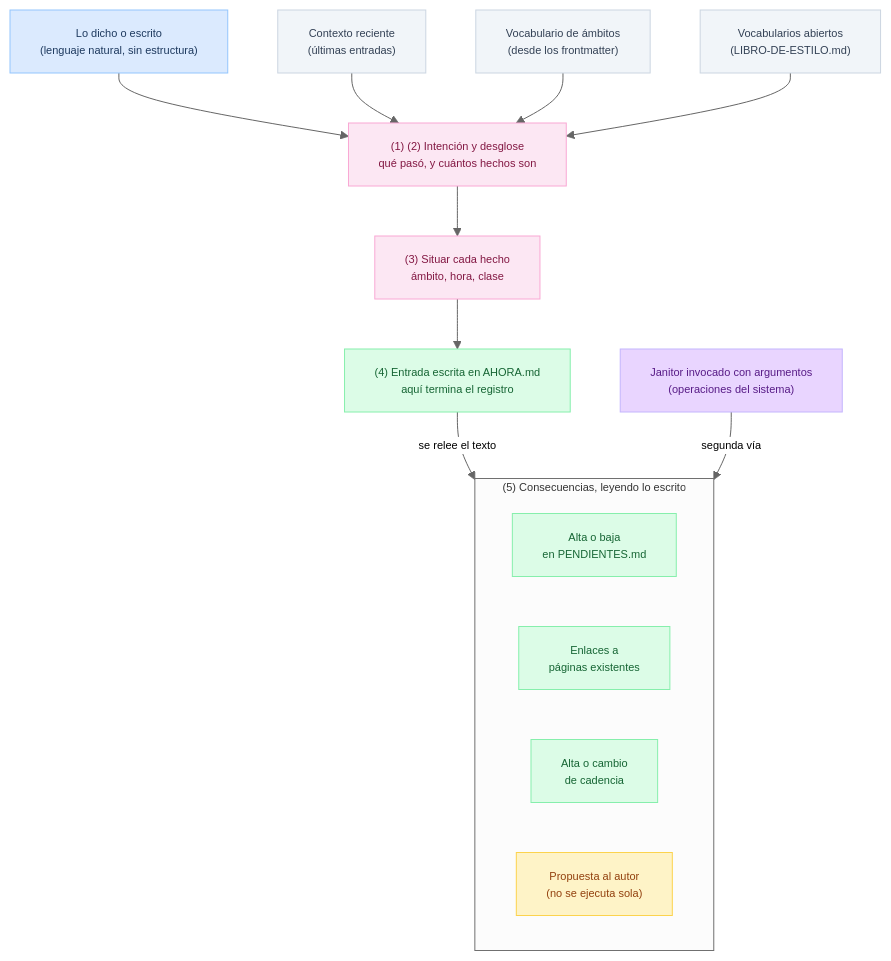
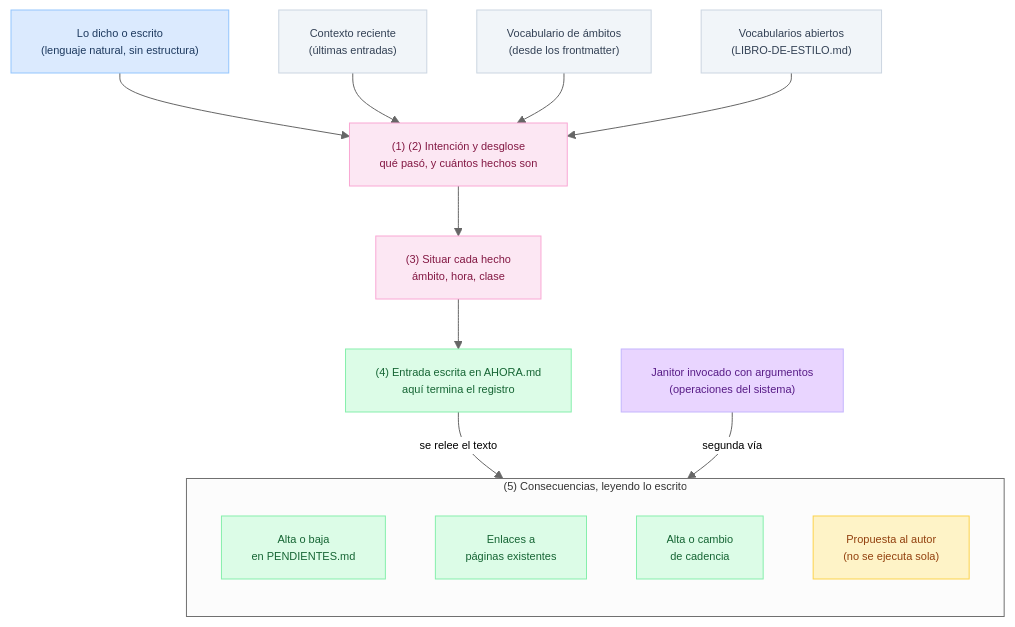
One commit to pewma-ai/tuku changed the diagram in devel/que_implementar.md. Above: the diagram before and after it, drawn with Mermaid. The commit also changed 6 other files, not shown here.

Commit message:
refactor: replace legacy documentation with a new system architecture based on strict information flow and the AHORA.md journal format

````diff
--- a/devel/que_implementar.md
+++ b/devel/que_implementar.md
@@ -539,42 +539,42 @@
 ```mermaid
 %%{init: {'flowchart': {'useMaxWidth': true}, 'theme': 'neutral', 'themeVariables': {'fontSize': '11px'}}}%%
 flowchart TD
     E["Lo dicho o escrito<br/>(lenguaje natural, sin estructura)"]
     CTX["Contexto reciente<br/>(últimas entradas)"]
     VOC["Vocabulario de ámbitos<br/>(desde los frontmatter)"]
     LE["Vocabularios abiertos<br/>(LIBRO-DE-ESTILO.md)"]
     I["(1) (2) Intención y desglose<br/>qué pasó, y cuántos hechos son"]
     S["(3) Situar cada hecho<br/>ámbito, hora, clase"]
     ENT["(4) Entrada escrita en AHORA.md<br/>aquí termina el registro"]
     J["Janitor invocado con argumentos<br/>(operaciones del sistema)"]
 
     subgraph CONS["(5) Consecuencias, leyendo lo escrito"]
-        direction LR
+        direction TB
         K1["Alta o baja<br/>en PENDIENTES.md"]
         K2["Enlaces a<br/>páginas existentes"]
         K4["Alta o cambio<br/>de cadencia"]
         K3["Propuesta al autor<br/>(no se ejecuta sola)"]
     end
 
     E --> I
     CTX --> I
     VOC --> I
     LE --> I
     I --> S
     S --> ENT
     ENT -->|"se relee el texto"| CONS
     J -->|"segunda vía"| CONS
 
     style E fill:#dbeafe,color:#1e3a5f,stroke:#93c5fd
     style CTX fill:#f1f5f9,color:#334155,stroke:#cbd5e1
     style VOC fill:#f1f5f9,color:#334155,stroke:#cbd5e1
     style LE fill:#f1f5f9,color:#334155,stroke:#cbd5e1
     style I fill:#fce7f3,color:#831843,stroke:#f9a8d4
     style S fill:#fce7f3,color:#831843,stroke:#f9a8d4
     style ENT fill:#dcfce7,color:#166534,stroke:#86efac
     style J fill:#e9d5ff,color:#581c87,stroke:#c4b5fd
     style K1 fill:#dcfce7,color:#166534,stroke:#86efac
     style K2 fill:#dcfce7,color:#166534,stroke:#86efac
     style K4 fill:#dcfce7,color:#166534,stroke:#86efac
     style K3 fill:#fef3c7,color:#92400e,stroke:#fcd34d
 ```
````
